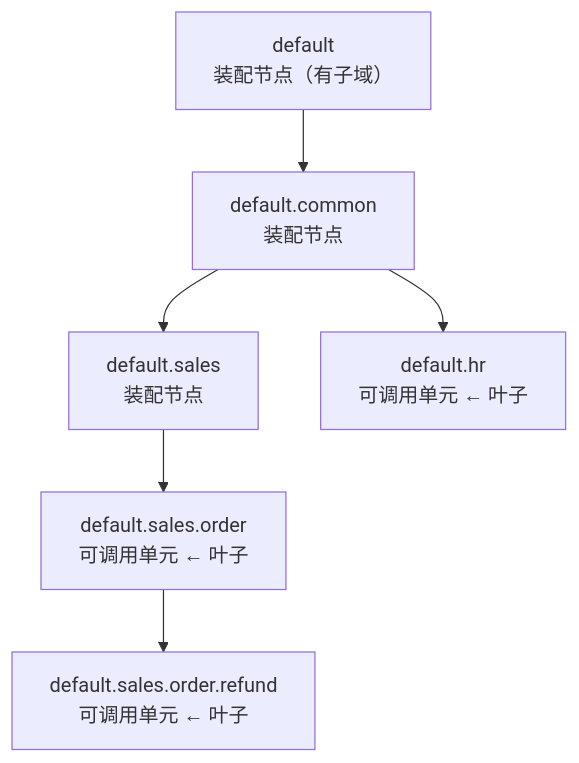
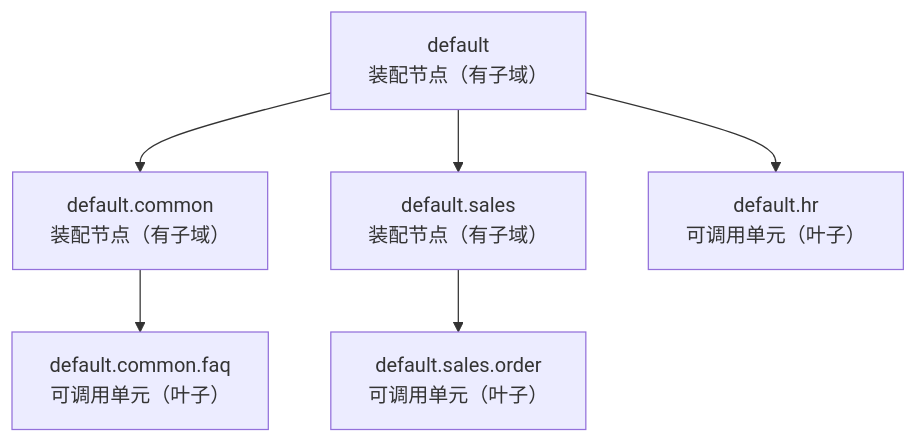
One commit to zzKingcc/Stringer changed the second of 4 diagrams in README.md. Above: the diagram before and after it, drawn with Mermaid. The commit also changed other lines of this file, not shown here.

Commit message:
docs(README): 修正域树图的两处错误
上一版这张图有两处硬错：

1. 树形结构违反路径规则 —— 画成了 default.common -> default.sales。
   域标识就是路径，子节点必须是父路径再加一段；default.sales 的父节点只能是 default，
   它不是 default.common 的子域。同样地 default.hr 也挂在 default 下，不在 default.common 下。

2. 自相矛盾 —— 给 default.sales.order 画了子节点 default.sales.order.refund，
   却又把它标成「可调用单元 ← 叶子」。有子域就不是叶子，按刚实现的叶子规则恰恰不能可调用。

改为符合规则的一棵树，并让每个节点的角色与它的叶子性严格一致：

    default                        装配节点（有子域）
    ├─ default.common              装配节点（有子域）
    │  └─ default.common.faq       可调用单元（叶子）
    ├─ default.sales               装配节点（有子域）
    │  └─ default.sales.order      可调用单元（叶子）
    └─ default.hr                  可调用单元（叶子）

同时补两句：说明「子节点标识 = 父路径再加一段」，以及逐个点名图中哪三个是装配节点、
哪三个叶子能当入口。装配那张图补一句，说明它用的 default.sales.order 在这棵树里是叶子，
两张图的例子不再互相打架。

已用脚本校验：5 条父子边全部满足「父路径+单段」，6 个节点的叶子性与角色标注全部一致。

````diff
--- a/README.md
+++ b/README.md
@@ -124,15 +124,15 @@
 ```mermaid
 flowchart TB
     D["default<br/>装配节点（有子域）"]
-    C["default.common<br/>装配节点"]
-    S["default.sales<br/>装配节点"]
-    O["default.sales.order<br/>可调用单元 ← 叶子"]
-    R["default.sales.order.refund<br/>可调用单元 ← 叶子"]
-    H["default.hr<br/>可调用单元 ← 叶子"]
+    C["default.common<br/>装配节点（有子域）"]
+    F["default.common.faq<br/>可调用单元（叶子）"]
+    S["default.sales<br/>装配节点（有子域）"]
+    O["default.sales.order<br/>可调用单元（叶子）"]
+    H["default.hr<br/>可调用单元（叶子）"]
 
     D --> C
-    C --> S
+    C --> F
+    D --> S
     S --> O
-    O --> R
-    C --> H
+    D --> H
 ```
````
